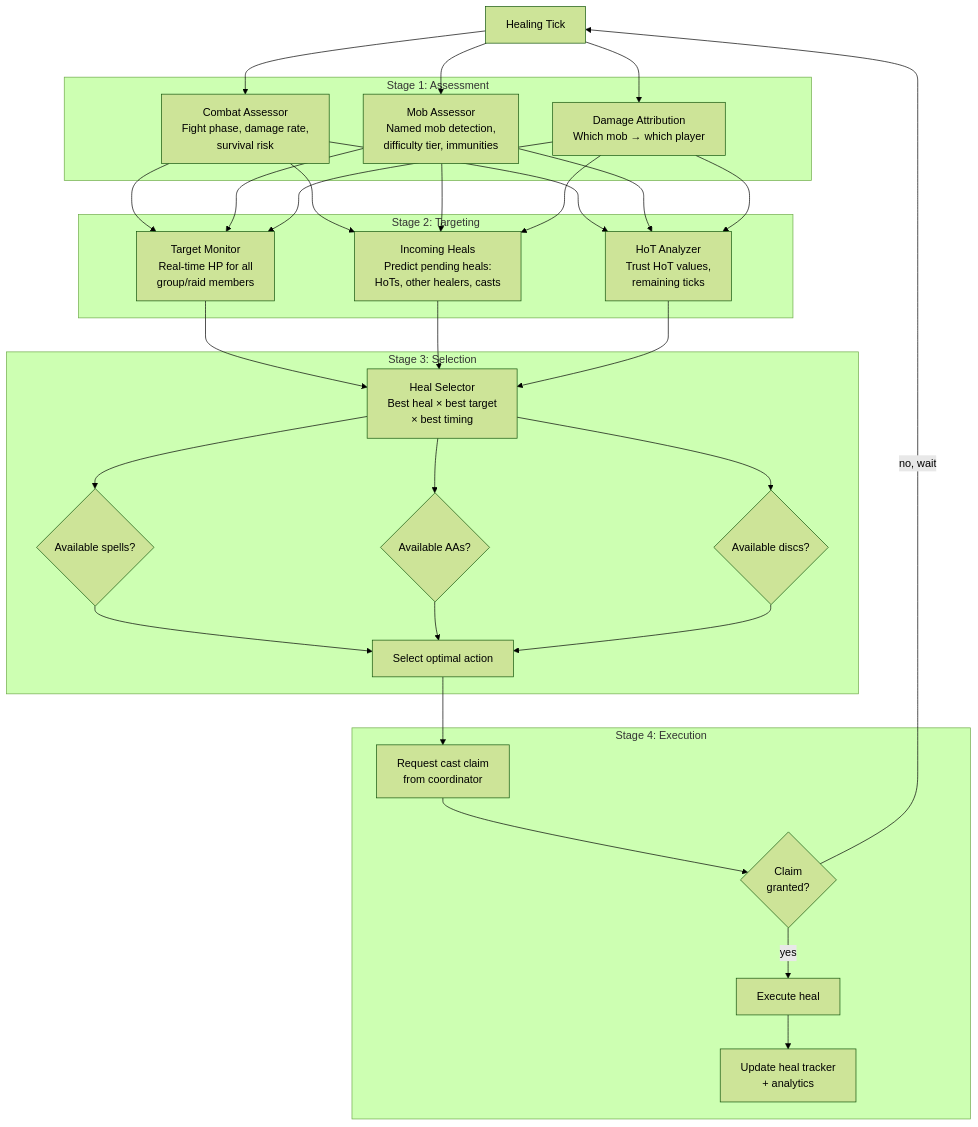
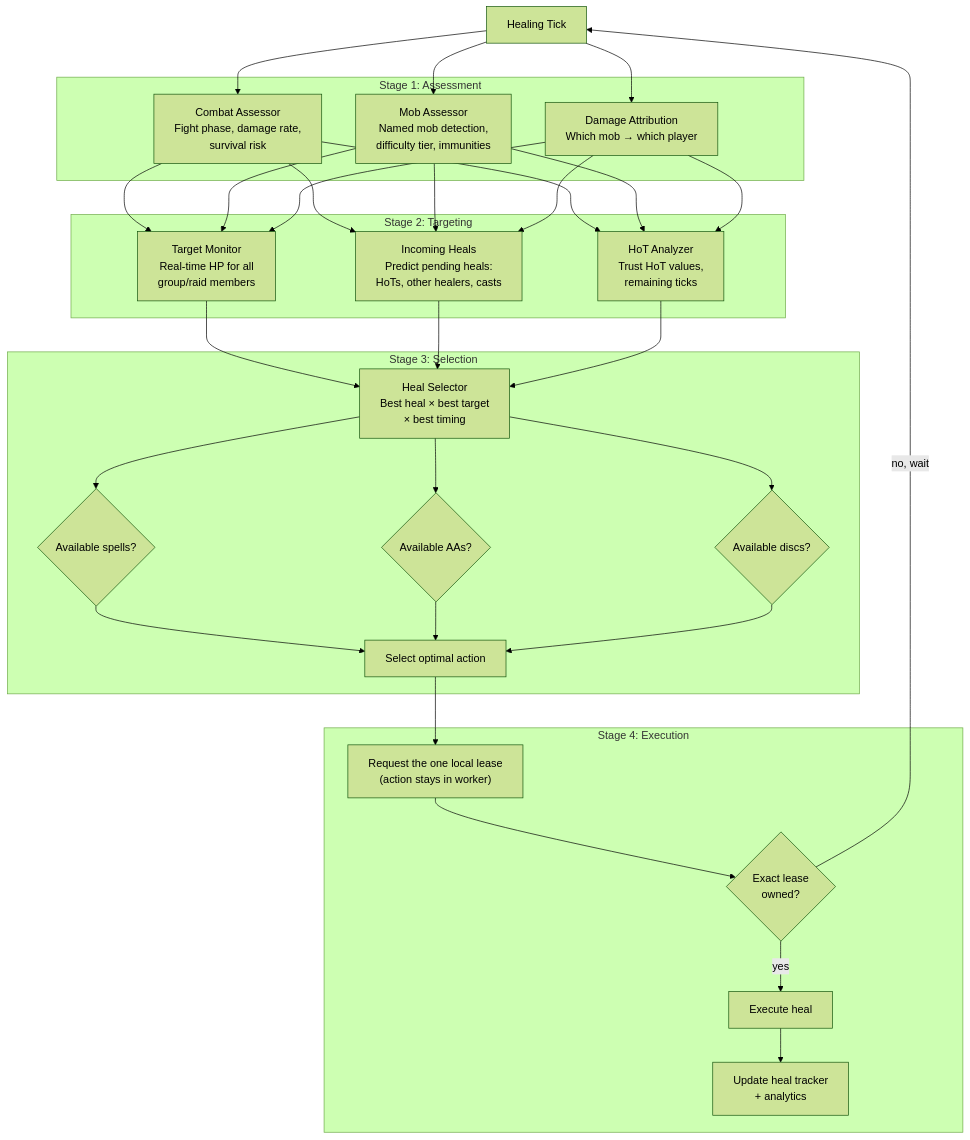
The fifth of 9 diagrams in docs/USER_GUIDE.md (daly101010/sidekick-next), drawn with Mermaid (forest theme) before and after one commit. The commit also changed other lines of this file and 59 other files, not shown here.

````diff
--- a/docs/USER_GUIDE.md
+++ b/docs/USER_GUIDE.md
@@ -798,40 +736,40 @@
 ```mermaid
 flowchart TD
     TICK["Healing Tick"]
 
     subgraph "Stage 1: Assessment"
         CA["Combat Assessor<br/>Fight phase, damage rate,<br/>survival risk"]
         MA["Mob Assessor<br/>Named mob detection,<br/>difficulty tier, immunities"]
         DA["Damage Attribution<br/>Which mob → which player"]
     end
 
     subgraph "Stage 2: Targeting"
         TM["Target Monitor<br/>Real-time HP for all<br/>group/raid members"]
         IH["Incoming Heals<br/>Predict pending heals:<br/>HoTs, other healers, casts"]
         HA["HoT Analyzer<br/>Trust HoT values,<br/>remaining ticks"]
     end
 
     subgraph "Stage 3: Selection"
         HS["Heal Selector<br/>Best heal × best target<br/>× best timing"]
         SPELLS{"Available spells?"}
         AA{"Available AAs?"}
         DISC{"Available discs?"}
         PICK["Select optimal action"]
     end
 
     subgraph "Stage 4: Execution"
-        CLAIM["Request cast claim<br/>from coordinator"]
-        GRANTED{"Claim<br/>granted?"}
+        LEASE["Request the one local lease<br/>(action stays in worker)"]
+        GRANTED{"Exact lease<br/>owned?"}
         CAST["Execute heal"]
         TRACK["Update heal tracker<br/>+ analytics"]
     end
 
     TICK --> CA & MA & DA
     CA & MA & DA --> TM & IH & HA
     TM & IH & HA --> HS
     HS --> SPELLS & AA & DISC
     SPELLS & AA & DISC --> PICK
-    PICK --> CLAIM --> GRANTED
+    PICK --> LEASE --> GRANTED
     GRANTED -->|yes| CAST --> TRACK
     GRANTED -->|no, wait| TICK
 ```
````
